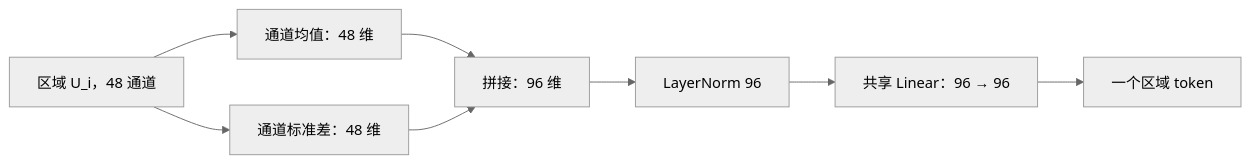
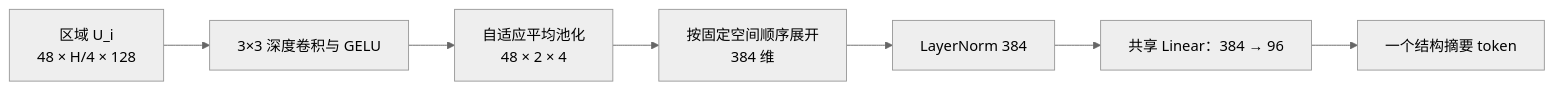
The fourth of 17 diagrams in docs/跨帧Token交互实验指导书.md (deathend110/SAR_Sequence_Restore), drawn with Mermaid (neutral theme) before and after one commit. The commit also changed other lines of this file and 1 other file, not shown here.

````diff
--- a/docs/跨帧Token交互实验指导书.md
+++ b/docs/跨帧Token交互实验指导书.md
@@ -143,10 +144,9 @@
 ```mermaid
 graph LR
-    P["区域 U_i，48 通道"] --> MEAN["通道均值：48 维"]
-    P --> STD["通道标准差：48 维"]
-    MEAN --> CAT["拼接：96 维"]
-    STD --> CAT
-    CAT --> LN["LayerNorm 96"]
-    LN --> PROJ["共享 Linear：96 → 96"]
-    PROJ --> TOKEN["一个区域 token"]
+    P["区域 U_i<br/>48 × H/4 × 128"] --> CONV["3×3 深度卷积与 GELU"]
+    CONV --> POOL["自适应平均池化<br/>48 × 2 × 4"]
+    POOL --> FLAT["按固定空间顺序展开<br/>384 维"]
+    FLAT --> LN["LayerNorm 384"]
+    LN --> PROJ["共享 Linear：384 → 96"]
+    PROJ --> TOKEN["一个结构摘要 token"]
 ```
````
